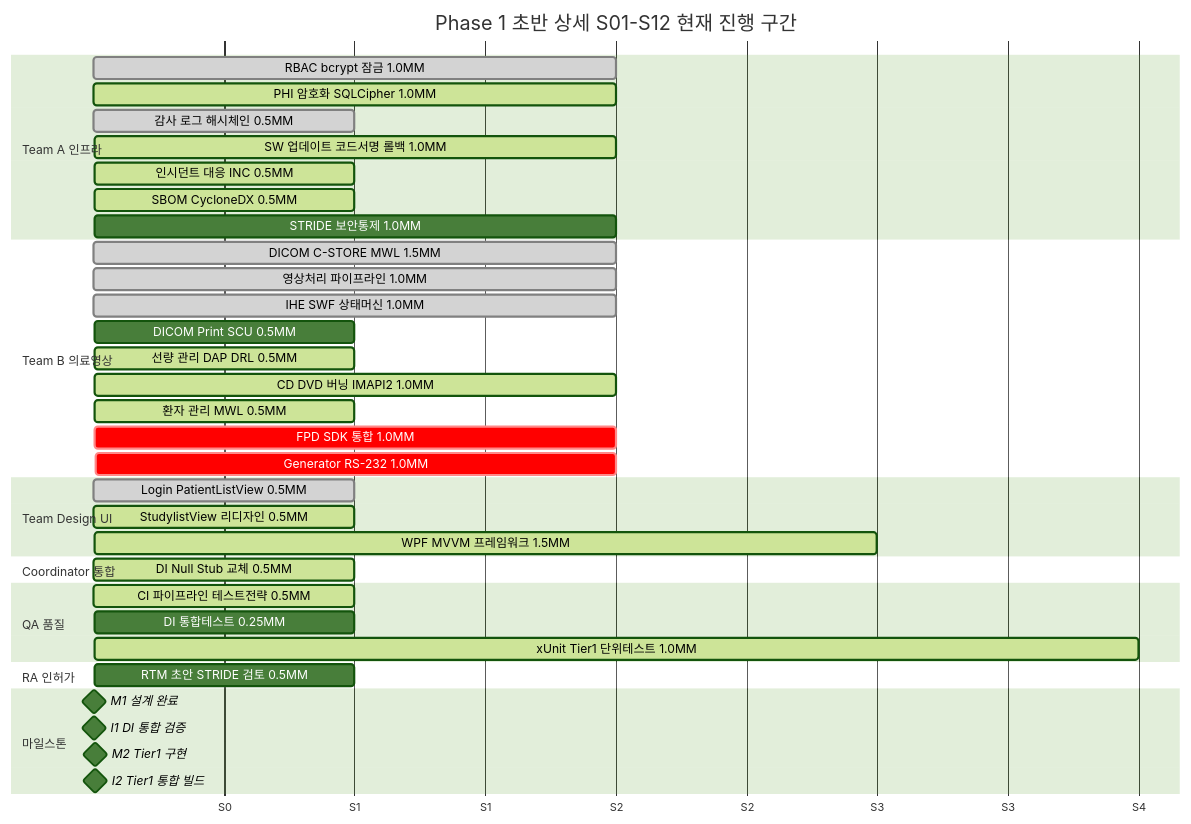
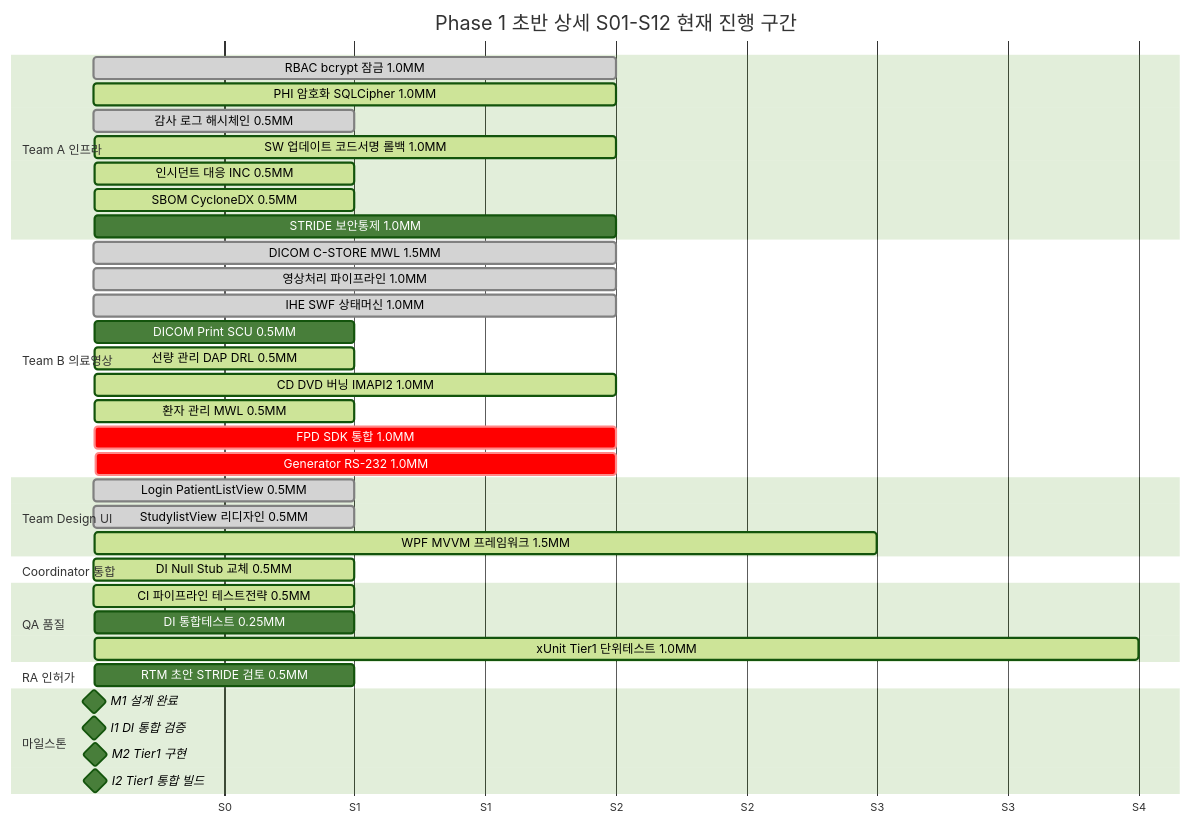
One commit to holee9/console-gui changed the fifth of 6 diagrams in docs/management/WBS-001_WBS_v3.0.md. Above: the diagram before and after it, drawn with Mermaid (forest theme). The commit also changed other lines of this file and 2 other files, not shown here.

````diff
--- a/docs/management/WBS-001_WBS_v3.0.md
+++ b/docs/management/WBS-001_WBS_v3.0.md
@@ -390,48 +391,48 @@
 ```mermaid
 gantt
     title Phase 1 초반 상세 S01-S12 현재 진행 구간
     dateFormat X
     axisFormat S%s
 
     section Team A 인프라
     RBAC bcrypt 잠금 1.0MM           :done, a1, 1, 2
     PHI 암호화 SQLCipher 1.0MM       :active, a2, 1, 2
     감사 로그 해시체인 0.5MM         :done, a3, 3, 1
     SW 업데이트 코드서명 롤백 1.0MM  :active, a4, 5, 2
     인시던트 대응 INC 0.5MM          :active, a5, 5, 1
     SBOM CycloneDX 0.5MM             :active, a6, 7, 1
     STRIDE 보안통제 1.0MM            :a7, 7, 2
 
     section Team B 의료영상
     DICOM C-STORE MWL 1.5MM          :done, b1, 1, 2
     영상처리 파이프라인 1.0MM        :done, b2, 1, 2
     IHE SWF 상태머신 1.0MM           :done, b3, 3, 2
     DICOM Print SCU 0.5MM            :b4, 4, 1
     선량 관리 DAP DRL 0.5MM          :active, b5, 5, 1
     CD DVD 버닝 IMAPI2 1.0MM         :active, b6, 5, 2
     환자 관리 MWL 0.5MM              :active, b7, 6, 1
     FPD SDK 통합 1.0MM               :crit, b8, 7, 2
     Generator RS-232 1.0MM           :crit, b9, 8, 2
 
     section Team Design UI
     Login PatientListView 0.5MM      :done, d1, 1, 1
-    StudylistView 리디자인 0.5MM     :active, d2, 3, 1
+    StudylistView 리디자인 0.5MM     :done, d2, 3, 1
     WPF MVVM 프레임워크 1.5MM        :active, d3, 4, 3
 
     section Coordinator 통합
     DI Null Stub 교체 0.5MM          :active, c1, 3, 1
 
     section QA 품질
     CI 파이프라인 테스트전략 0.5MM   :active, q0, 3, 1
     DI 통합테스트 0.25MM             :q0a, 5, 1
     xUnit Tier1 단위테스트 1.0MM     :active, q1, 4, 4
 
     section RA 인허가
     RTM 초안 STRIDE 검토 0.5MM       :r0, 4, 1
 
     section 마일스톤
     M1 설계 완료                     :milestone, m1, 5, 0
     I1 DI 통합 검증                  :milestone, i1, 5, 0
     M2 Tier1 구현                    :milestone, m2, 12, 0
     I2 Tier1 통합 빌드               :milestone, i2, 12, 0
 ```
````
